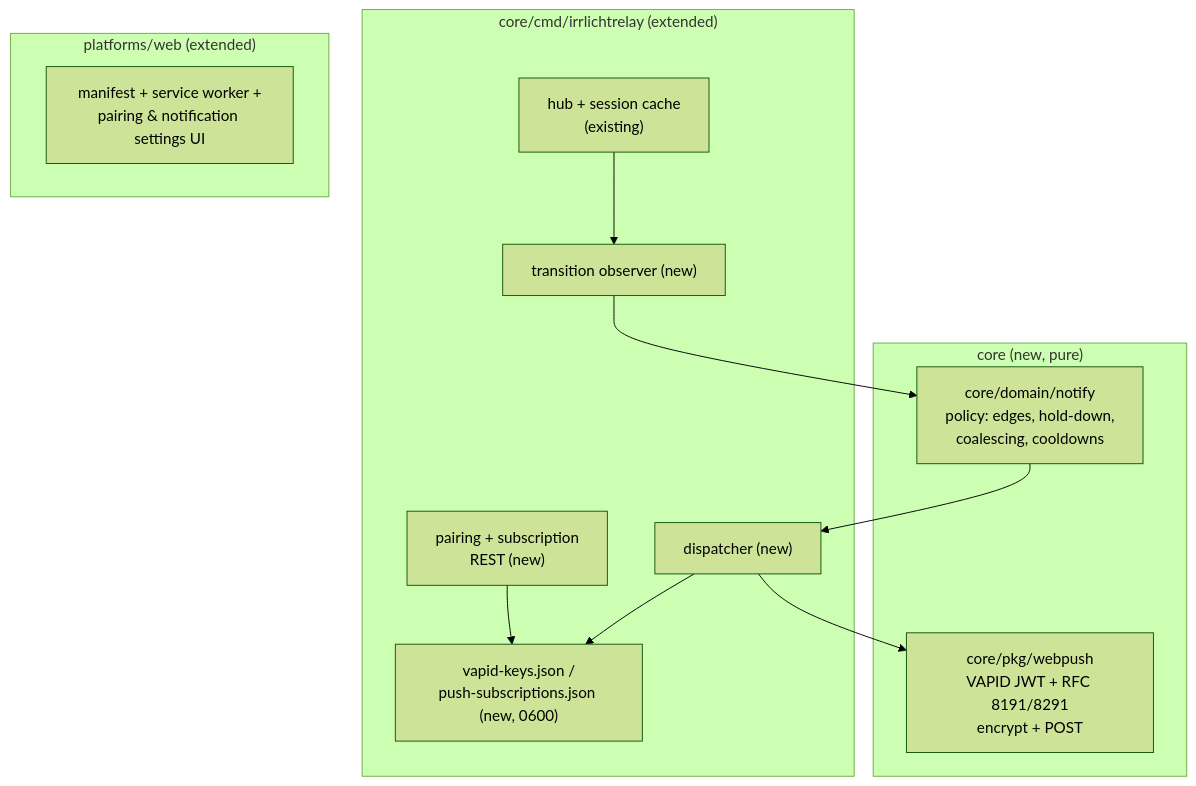
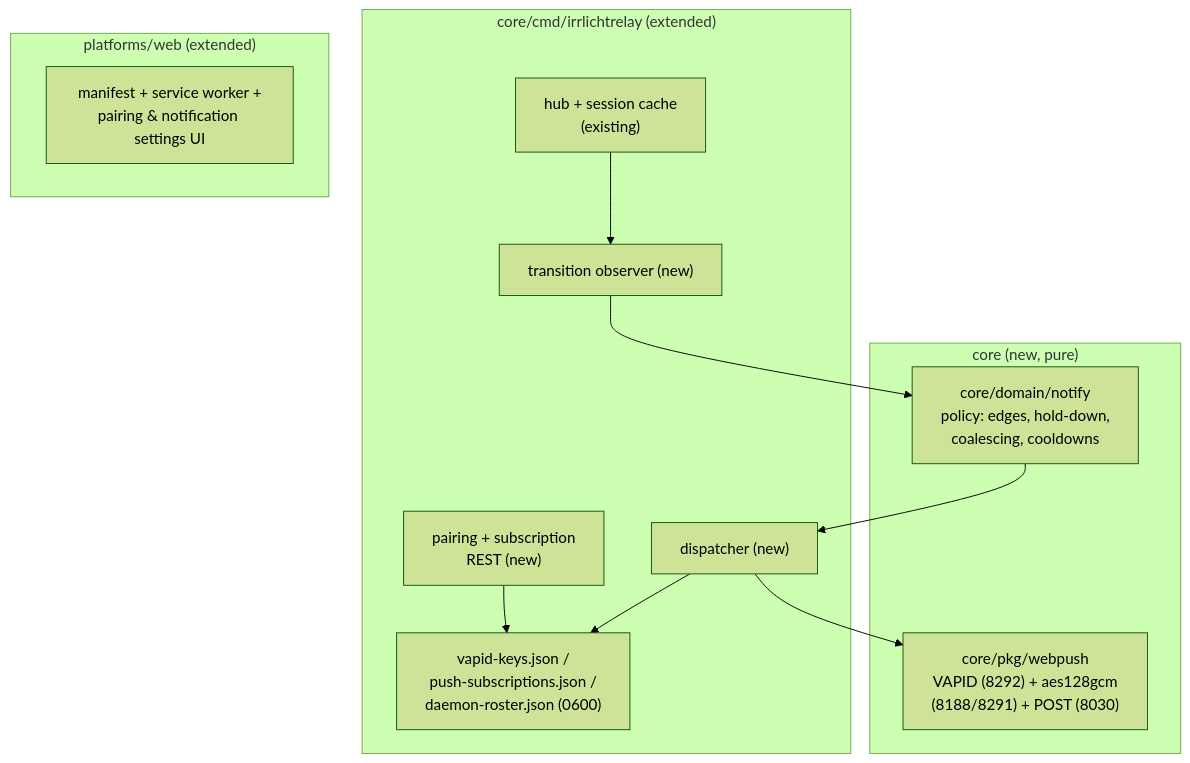
One commit to ingo-eichhorst/Irrlicht changed the second of 5 diagrams in docs/mobile-notifications-arc42.md. Above: the diagram before and after it, drawn with Mermaid (forest theme). The commit also changed other lines of this file, not shown here.

````diff
--- a/docs/mobile-notifications-arc42.md
+++ b/docs/mobile-notifications-arc42.md
@@ -110,22 +112,22 @@
 ```mermaid
 flowchart TB
     subgraph core["core (new, pure)"]
         notify["core/domain/notify<br/>policy: edges, hold-down,<br/>coalescing, cooldowns"]
-        webpush["core/pkg/webpush<br/>VAPID JWT + RFC 8191/8291<br/>encrypt + POST"]
+        webpush["core/pkg/webpush<br/>VAPID (8292) + aes128gcm<br/>(8188/8291) + POST (8030)"]
     end
     subgraph relaybin["core/cmd/irrlichtrelay (extended)"]
         hub["hub + session cache<br/>(existing)"]
         observer["transition observer (new)"]
         dispatcher["dispatcher (new)"]
         pairing["pairing + subscription<br/>REST (new)"]
-        stores["vapid-keys.json /<br/>push-subscriptions.json (new, 0600)"]
+        stores["vapid-keys.json /<br/>push-subscriptions.json /<br/>daemon-roster.json (0600)"]
     end
     subgraph web["platforms/web (extended)"]
         pwa["manifest + service worker +<br/>pairing & notification settings UI"]
     end
 
     hub --> observer --> notify
     notify --> dispatcher --> webpush
     pairing --> stores
     dispatcher --> stores
 ```
````
